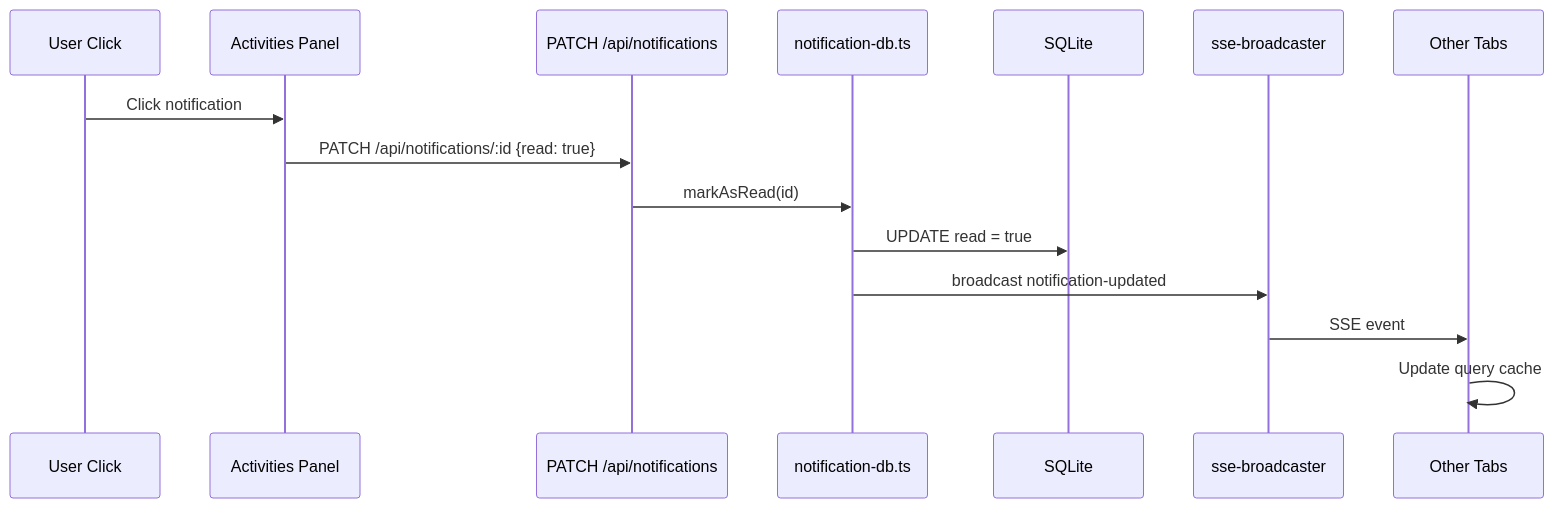
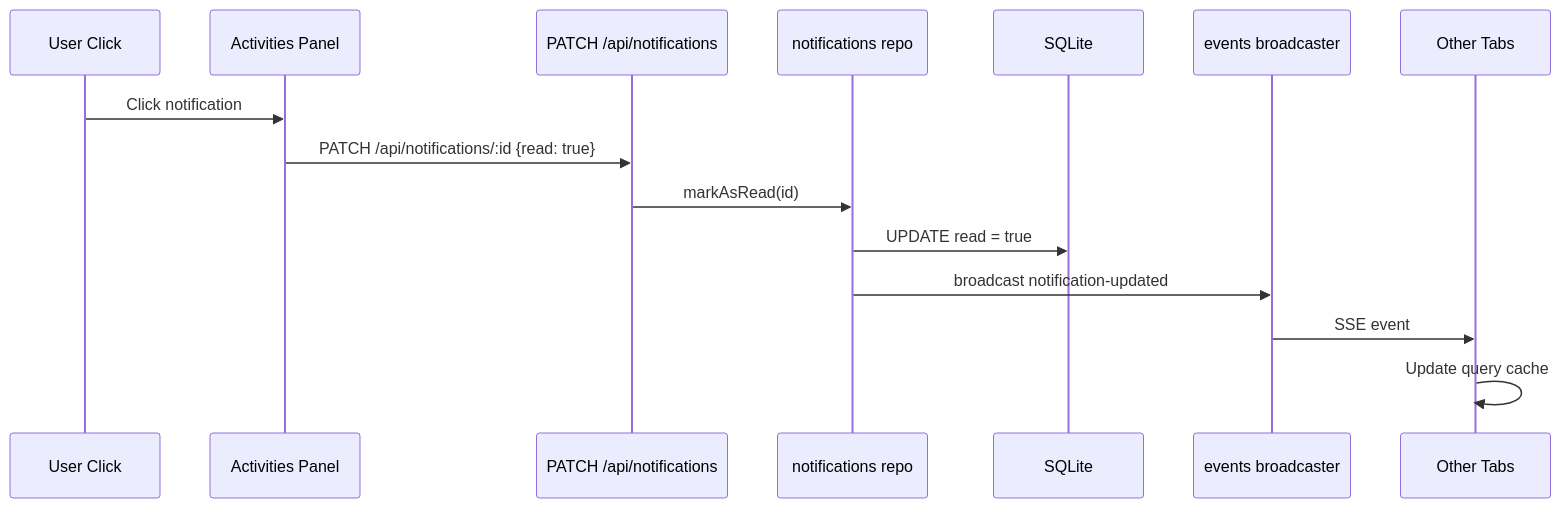
The third of 6 diagrams in .kiro/specs/notifications/design.md (amhuppert/remote-ai-manager), drawn with Mermaid before and after one commit. The commit also changed other lines of this file and 34 other files, not shown here.

````diff
--- a/.kiro/specs/notifications/design.md
+++ b/.kiro/specs/notifications/design.md
@@ -102,18 +155,18 @@
 ```mermaid
 sequenceDiagram
     participant User as User Click
     participant Panel as Activities Panel
     participant API as PATCH /api/notifications
-    participant NDB as notification-db.ts
+    participant NDB as notifications repo
     participant DB as SQLite
-    participant SSE as sse-broadcaster
+    participant SSE as events broadcaster
     participant OtherTab as Other Tabs
 
     User->>Panel: Click notification
     Panel->>API: PATCH /api/notifications/:id {read: true}
     API->>NDB: markAsRead(id)
     NDB->>DB: UPDATE read = true
     NDB->>SSE: broadcast notification-updated
     SSE->>OtherTab: SSE event
     OtherTab->>OtherTab: Update query cache
 ```
````
